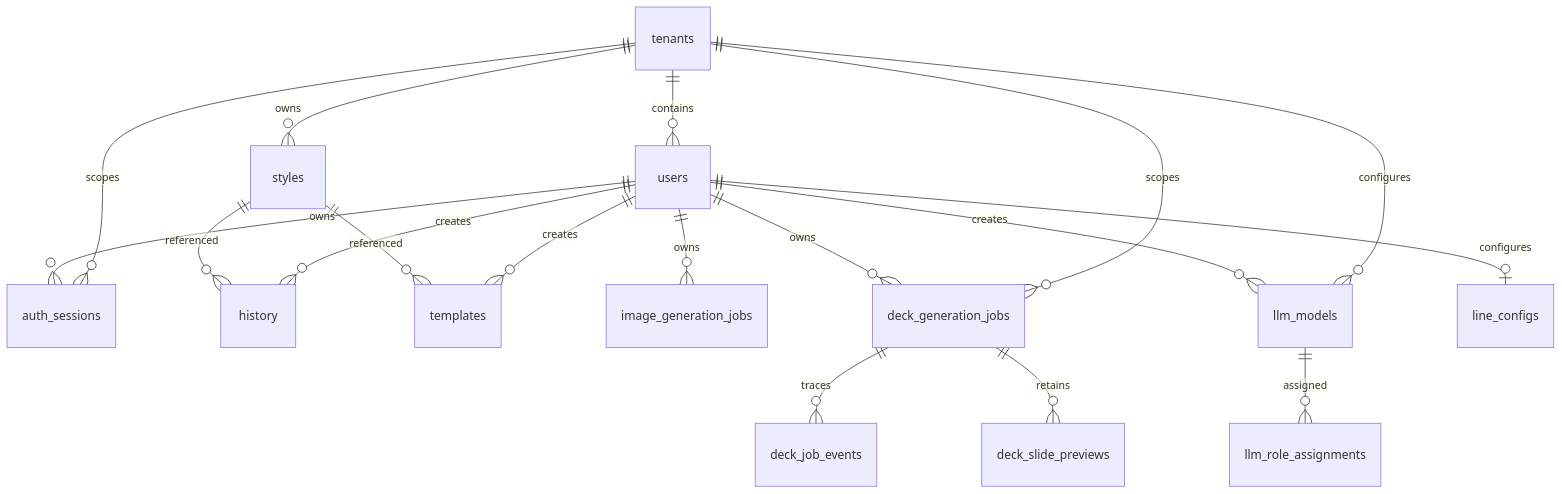
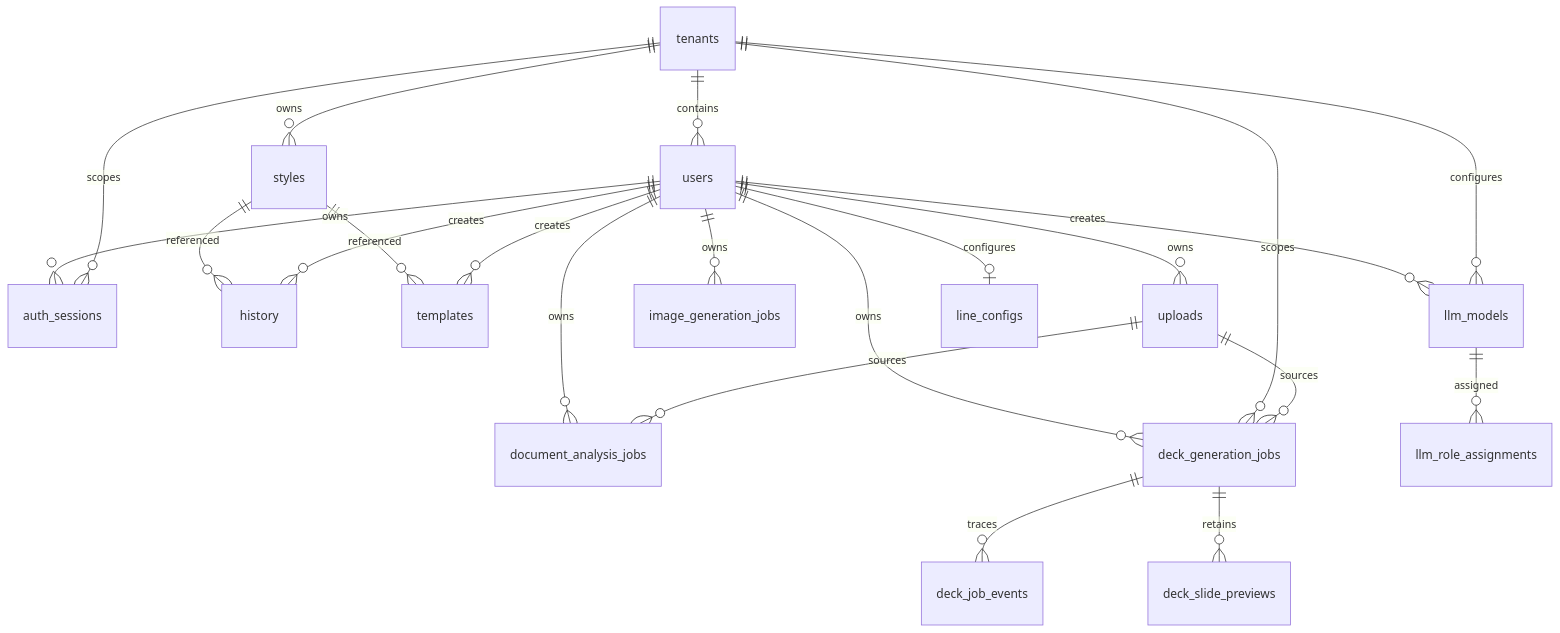
One commit to tony30552001/Genpic-master changed the diagram in openwiki/data/schema.md. Above: the diagram before and after it, drawn with Mermaid. The commit also changed other lines of this file and 10 other files, not shown here.

First line of the commit message:
Regenerate OpenWiki for owner-scoped uploads and document jobs

````diff
--- a/openwiki/data/schema.md
+++ b/openwiki/data/schema.md
@@ -18,20 +18,24 @@
 ```mermaid
 erDiagram
   tenants ||--o{ users : contains
   tenants ||--o{ auth_sessions : scopes
   users ||--o{ auth_sessions : owns
   tenants ||--o{ styles : owns
   users ||--o{ history : creates
   users ||--o{ templates : creates
+  users ||--o{ uploads : owns
+  uploads ||--o{ document_analysis_jobs : sources
+  users ||--o{ document_analysis_jobs : owns
   users ||--o{ image_generation_jobs : owns
+  uploads ||--o{ deck_generation_jobs : sources
   tenants ||--o{ deck_generation_jobs : scopes
   users ||--o{ deck_generation_jobs : owns
   tenants ||--o{ llm_models : configures
   llm_models ||--o{ llm_role_assignments : assigned
   users ||--o{ llm_models : creates
   deck_generation_jobs ||--o{ deck_job_events : traces
   deck_generation_jobs ||--o{ deck_slide_previews : retains
   users ||--o| line_configs : configures
   styles ||--o{ history : referenced
   styles ||--o{ templates : referenced
 ```
````
